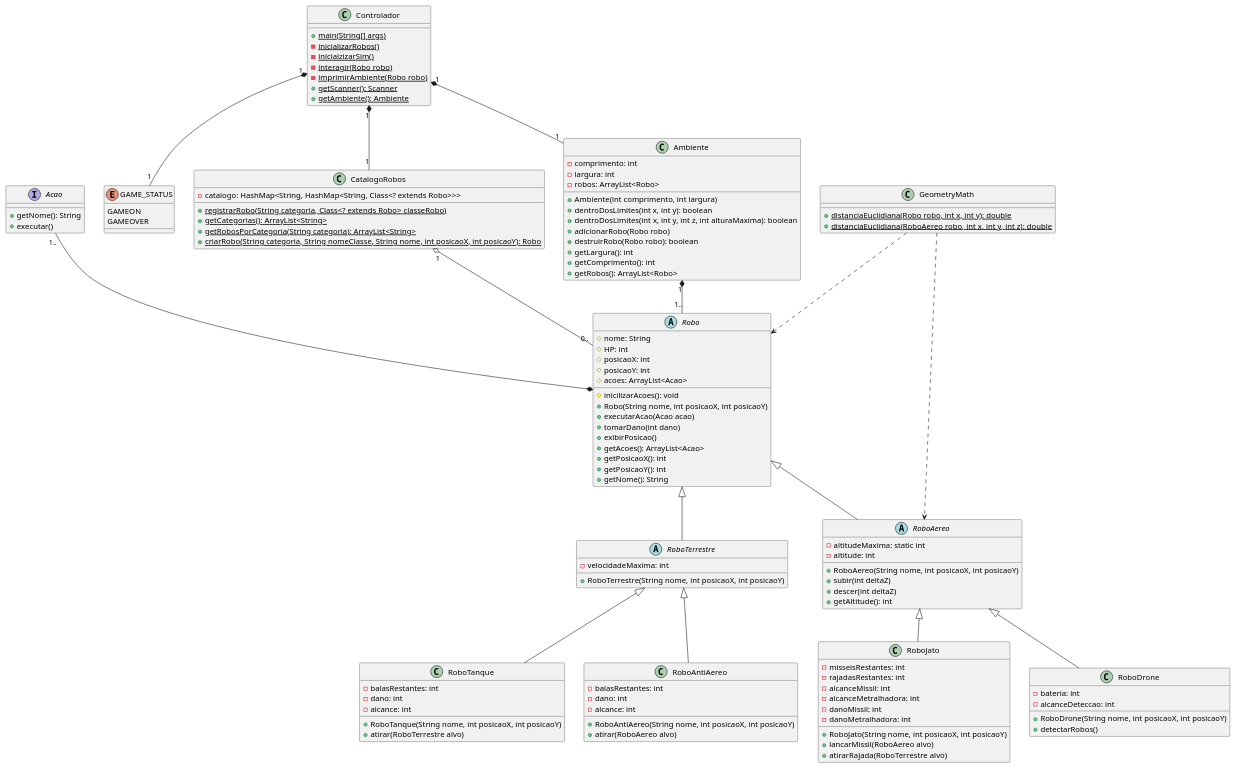
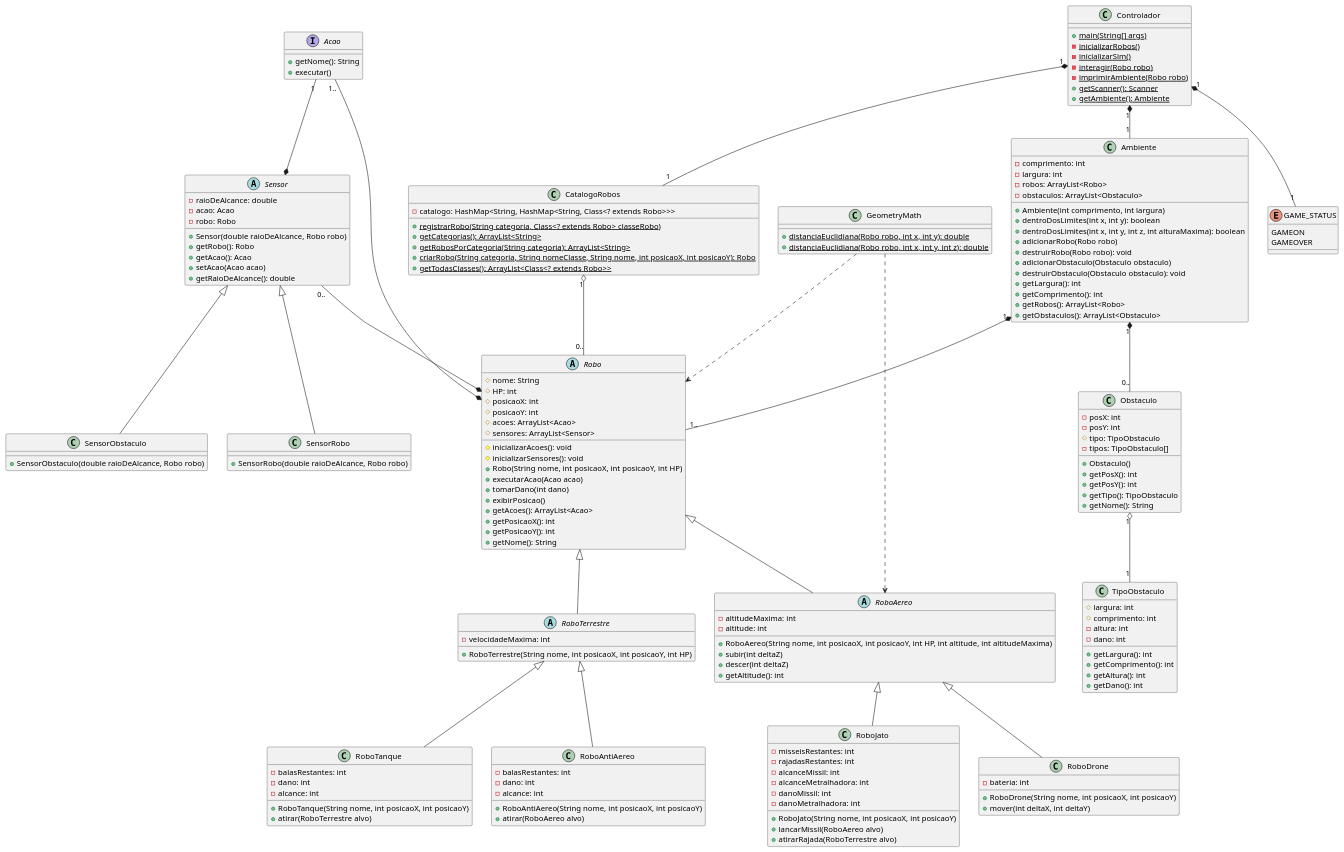
One commit to miguel-pramos/MC322 changed the diagram in uml/diagram.puml. Above: the diagram before and after it, drawn with PlantUML. The commit also changed 2 other files, not shown here.

Commit message:
diagram atualization

```diff
--- a/uml/diagram.puml
+++ b/uml/diagram.puml
@@ -1,4 +1,4 @@
-@startuml
+@startuml diagram
 
 
 ' Diagrama de Acao
@@ -8,6 +8,7 @@
 }
 
 Acao "1.." --* Robo
+Acao "1" --* Sensor
 
 ' Diagrama de CatalogoRobos
 class CatalogoRobos {
@@ -16,6 +17,7 @@
     {static} +getCategorias(): ArrayList<String>
     {static} +getRobosPorCategoria(String categoria): ArrayList<String>
     {static} +criarRobo(String categoria, String nomeClasse, String nome, int posicaoX, int posicaoY): Robo
+    {static} +getTodasClasses(): ArrayList<Class<? extends Robo>>
 }
 
 CatalogoRobos "1" o-- "0.." Robo
@@ -23,7 +25,7 @@
 ' Diagrama de GeometryMath
 class GeometryMath {
     {static} +distanciaEuclidiana(Robo robo, int x, int y): double
-    {static} +distanciaEuclidiana(RoboAereo robo, int x, int y, int z): double
+    {static} +distanciaEuclidiana(Robo robo, int x, int y, int z): double
 }
 
 GeometryMath ..> Robo
@@ -34,17 +36,48 @@
     -comprimento: int
     -largura: int
     -robos: ArrayList<Robo>
+    -obstaculos: ArrayList<Obstaculo>
     +Ambiente(int comprimento, int largura)
     +dentroDosLimites(int x, int y): boolean
     +dentroDosLimites(int x, int y, int z, int alturaMaxima): boolean
     +adicionarRobo(Robo robo)
-    +destruirRobo(Robo robo): boolean
+    +destruirRobo(Robo robo): void
+    +adicionarObstaculo(Obstaculo obstaculo)
+    +destruirObstaculo(Obstaculo obstaculo): void
     +getLargura(): int
     +getComprimento(): int
     +getRobos(): ArrayList<Robo>
+    +getObstaculos(): ArrayList<Obstaculo>
 }
 
 Ambiente "1" *-- "1.." Robo
+Ambiente "1" *-- "0.." Obstaculo
+
+' Diagrama de Obstaculo e TipoObstaculo
+class Obstaculo {
+    -posX: int
+    -posY: int
+    #tipo: TipoObstaculo
+    -tipos: TipoObstaculo[]
+    +Obstaculo()
+    +getPosX(): int
+    +getPosY(): int
+    +getTipo(): TipoObstaculo
+    +getNome(): String
+}
+
+class TipoObstaculo {
+    #largura: int
+    #comprimento: int
+    -altura: int
+    -dano: int
+    +getLargura(): int
+    +getComprimento(): int
+    +getAltura(): int
+    +getDano(): int
+}
+
+Obstaculo "1" o-- "1" TipoObstaculo
 
 ' Diagrama de Robo e suas subclasses
 abstract class Robo {
@@ -53,8 +86,10 @@
     #posicaoX: int
     #posicaoY: int
     #acoes: ArrayList<Acao>
-    #inicilizarAcoes(): void
-    +Robo(String nome, int posicaoX, int posicaoY)
+    #sensores: ArrayList<Sensor>
+    #inicializarAcoes(): void
+    #inicializarSensores(): void
+    +Robo(String nome, int posicaoX, int posicaoY, int HP)
     +executarAcao(Acao acao)
     +tomarDano(int dano)
     +exibirPosicao()
@@ -66,7 +101,7 @@
 
 abstract class RoboTerrestre {
     -velocidadeMaxima: int
-    +RoboTerrestre(String nome, int posicaoX, int posicaoY)
+    +RoboTerrestre(String nome, int posicaoX, int posicaoY, int HP)
 }
 
 class RoboTanque {
@@ -86,9 +121,9 @@
 }
 
 abstract class RoboAereo {
-    -altitudeMaxima: static int
+    -altitudeMaxima: int
     -altitude: int
-    +RoboAereo(String nome, int posicaoX, int posicaoY)
+    +RoboAereo(String nome, int posicaoX, int posicaoY, int HP, int altitude, int altitudeMaxima)
     +subir(int deltaZ)
     +descer(int deltaZ)
     +getAltitude(): int
@@ -108,9 +143,8 @@
 
 class RoboDrone {
     -bateria: int
-    -alcanceDeteccao: int
     +RoboDrone(String nome, int posicaoX, int posicaoY)
-    +detectarRobos()
+    +mover(int deltaX, int deltaY)
 }
 
 Robo <|-- RoboTerrestre
@@ -120,11 +154,36 @@
 RoboAereo <|-- RoboJato
 RoboAereo <|-- RoboDrone
 
+' Diagrama de Sensor e suas subclasses
+abstract class Sensor {
+    -raioDeAlcance: double
+    -acao: Acao
+    -robo: Robo
+    +Sensor(double raioDeAlcance, Robo robo)
+    +getRobo(): Robo
+    +getAcao(): Acao
+    +setAcao(Acao acao)
+    +getRaioDeAlcance(): double
+}
+
+class SensorRobo {
+    +SensorRobo(double raioDeAlcance, Robo robo)
+}
+
+class SensorObstaculo {
+    +SensorObstaculo(double raioDeAlcance, Robo robo)
+}
+
+Sensor <|-- SensorRobo
+Sensor <|-- SensorObstaculo
+
+Sensor "0.." --* Robo
+
 ' Diagrama de Controlador
 class Controlador {
     {static} +main(String[] args)
     {static} -inicializarRobos()
-    {static} -inicialzizarSim()
+    {static} -inicializarSim()
     {static} -interagir(Robo robo)
     {static} -imprimirAmbiente(Robo robo)
     {static} +getScanner(): Scanner
```
